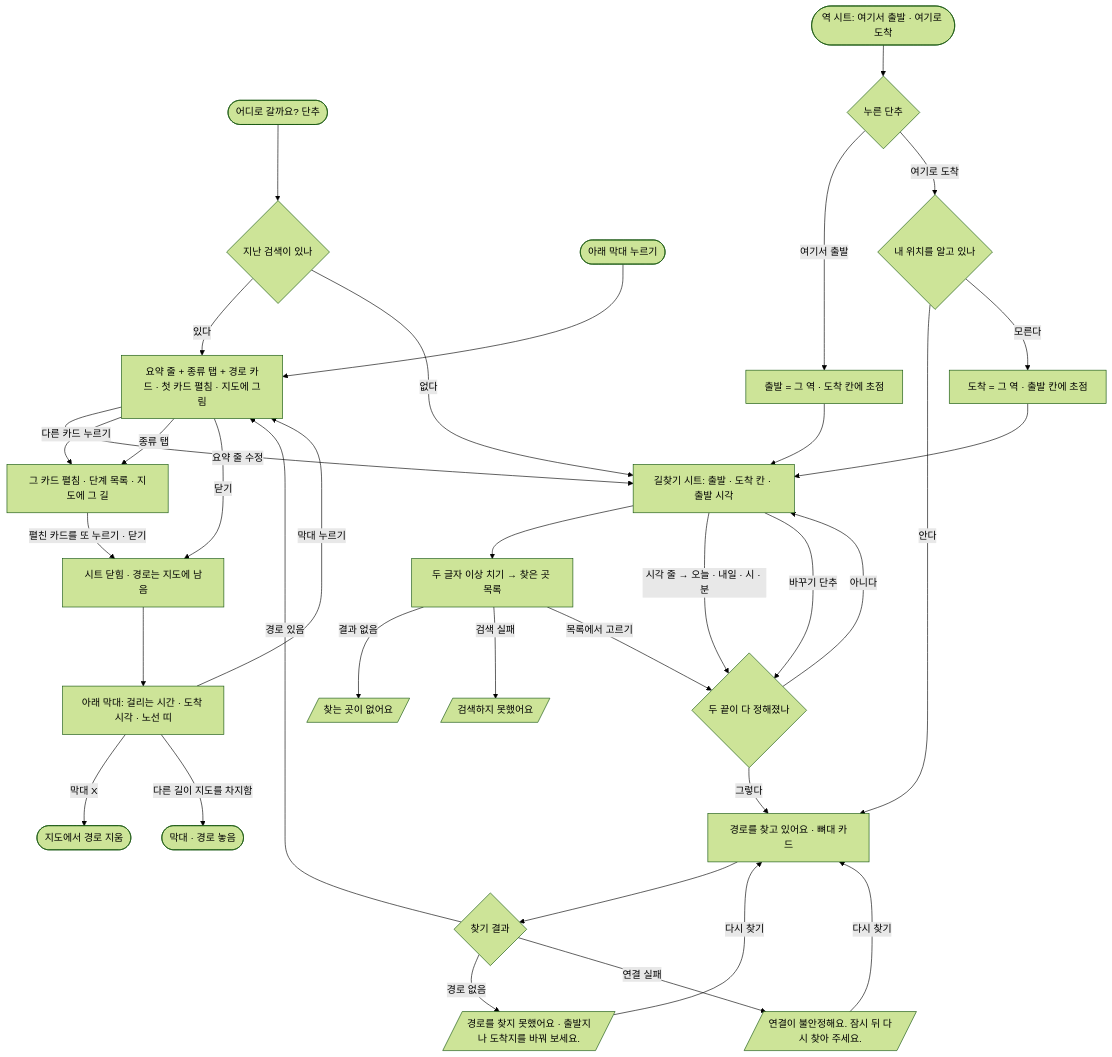
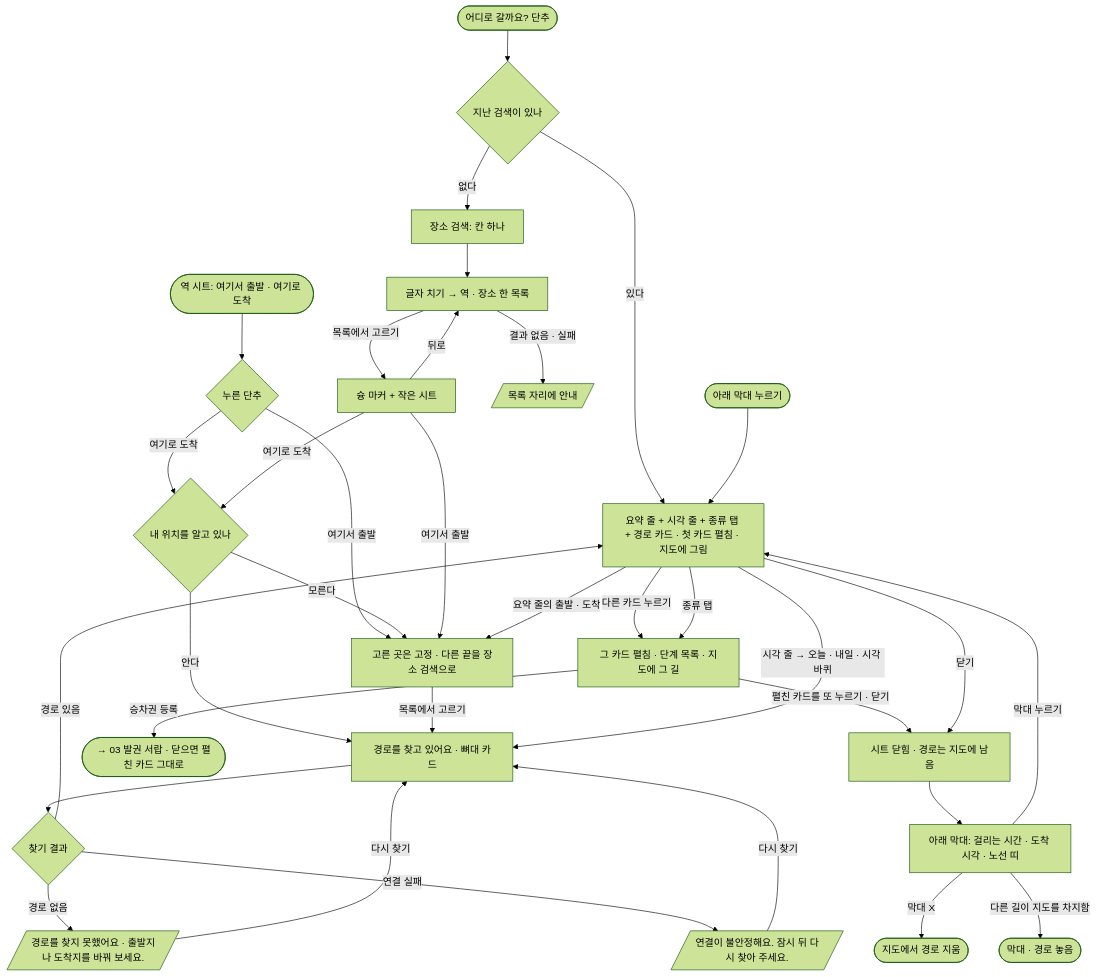
One commit to novum-lab-kr/syung changed the diagram in docs/flows/02-journey.md. Above: the diagram before and after it, drawn with Mermaid (forest theme). The commit also changed other lines of this file and 64 other files, not shown here.

````diff
--- a/docs/flows/02-journey.md
+++ b/docs/flows/02-journey.md
@@ -13,37 +15,36 @@
 ```mermaid
 flowchart TD
   Btn(["어디로 갈까요? 단추"]) --> Last{"지난 검색이 있나"}
   Last -- "있다" --> Result
   Last -- "없다" --> Form
   Bar(["아래 막대 누르기"]) --> Result
   St(["역 시트: 여기서 출발 · 여기로 도착"]) --> WithEnd{"누른 단추"}
-  WithEnd -- "여기서 출발" --> FocusTo["출발 = 그 역 · 도착 칸에 초점"]
+  WithEnd -- "여기서 출발" --> FindOther["고른 곳은 고정 · 다른 끝을 장소 검색으로"]
   WithEnd -- "여기로 도착" --> HereKnown{"내 위치를 알고 있나"}
   HereKnown -- "안다" --> Go
-  HereKnown -- "모른다" --> FocusFrom["도착 = 그 역 · 출발 칸에 초점"]
-  FocusTo --> Form
-  FocusFrom --> Form
-  Form["길찾기 시트: 출발 · 도착 칸 · 출발 시각"] --> Type["두 글자 이상 치기 → 찾은 곳 목록"]
-  Type -- "결과 없음" --> NoPlace[/"찾는 곳이 없어요"/]
-  Type -- "검색 실패" --> PlaceErr[/"검색하지 못했어요"/]
-  Type -- "목록에서 고르기" --> Both{"두 끝이 다 정해졌나"}
-  Form -- "시각 줄 → 오늘 · 내일 · 시 · 분" --> Both
-  Form -- "바꾸기 단추" --> Both
-  Both -- "아니다" --> Form
-  Both -- "그렇다" --> Go["경로를 찾고 있어요 · 뼈대 카드"]
+  HereKnown -- "모른다" --> FindOther
+  Form["장소 검색: 칸 하나"] --> Type["글자 치기 → 역 · 장소 한 목록"]
+  Type -- "결과 없음 · 실패" --> NoPlace[/"목록 자리에 안내"/]
+  Type -- "목록에서 고르기" --> Picked["슝 마커 + 작은 시트"]
+  Picked -- "뒤로" --> Type
+  Picked -- "여기로 도착" --> HereKnown
+  Picked -- "여기서 출발" --> FindOther
+  FindOther -- "목록에서 고르기" --> Go["경로를 찾고 있어요 · 뼈대 카드"]
   Go --> Ans{"찾기 결과"}
   Ans -- "경로 없음" --> NoRoute[/"경로를 찾지 못했어요 · 출발지나 도착지를 바꿔 보세요."/]
   Ans -- "연결 실패" --> NetErr[/"연결이 불안정해요. 잠시 뒤 다시 찾아 주세요."/]
   NoRoute -- "다시 찾기" --> Go
   NetErr -- "다시 찾기" --> Go
-  Ans -- "경로 있음" --> Result["요약 줄 + 종류 탭 + 경로 카드 · 첫 카드 펼침 · 지도에 그림"]
-  Result -- "요약 줄 수정" --> Form
+  Ans -- "경로 있음" --> Result["요약 줄 + 시각 줄 + 종류 탭 + 경로 카드 · 첫 카드 펼침 · 지도에 그림"]
+  Result -- "요약 줄의 출발 · 도착" --> FindOther
+  Result -- "시각 줄 → 오늘 · 내일 · 시각 바퀴" --> Go
   Result -- "다른 카드 누르기" --> Steps["그 카드 펼침 · 단계 목록 · 지도에 그 길"]
   Result -- "종류 탭" --> Steps
+  Steps -- "승차권 등록" --> Ticket(["→ 03 발권 서랍 · 닫으면 펼친 카드 그대로"])
   Steps -- "펼친 카드를 또 누르기 · 닫기" --> Closed["시트 닫힘 · 경로는 지도에 남음"]
   Result -- "닫기" --> Closed
   Closed --> BarShown["아래 막대: 걸리는 시간 · 도착 시각 · 노선 띠"]
   BarShown -- "막대 누르기" --> Result
   BarShown -- "막대 X" --> End(["지도에서 경로 지움"])
   BarShown -- "다른 길이 지도를 차지함" --> Gone(["막대 · 경로 놓음"])
 ```
````
